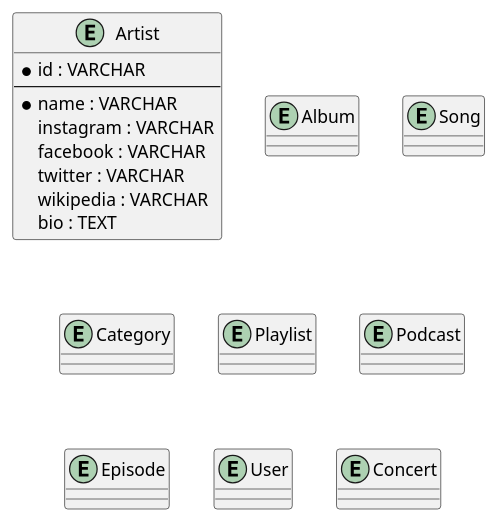
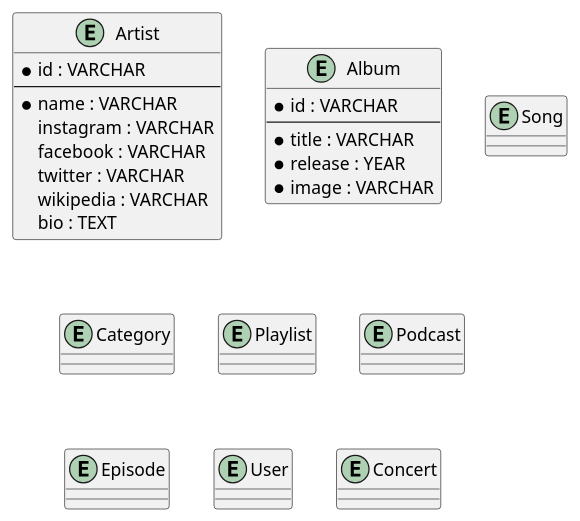
The diagram in spotify.puml (hanifiamdev/plantUML), drawn with PlantUML before and after one commit.

Commit message:
Menentukan Attribute Entity Album

```diff
--- a/spotify.puml
+++ b/spotify.puml
@@ -1,46 +1,50 @@
 @startuml
 entity Artist {
     * id : VARCHAR
     --
     * name : VARCHAR
     instagram : VARCHAR
     facebook : VARCHAR
     twitter : VARCHAR
     wikipedia : VARCHAR
     bio : TEXT
 }
 
 entity Album {
-
+    *id : VARCHAR
+    --
+    *title : VARCHAR
+    *release : YEAR
+    *image : VARCHAR
 }
 
 entity Song {
 
 }
 
 entity Category {
 
 }
 
 entity Playlist {
 
 }
 
 entity Podcast {
 
 }
 
 entity Episode {
 
 }
 
 entity User {
 
 }
 
 entity Concert {
 
 }
 
 
 @enduml
```
